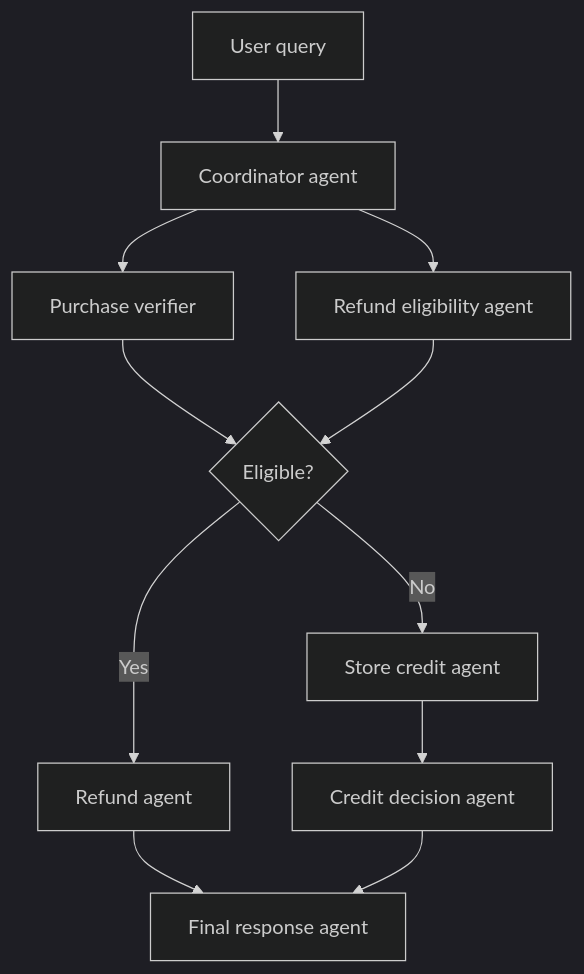
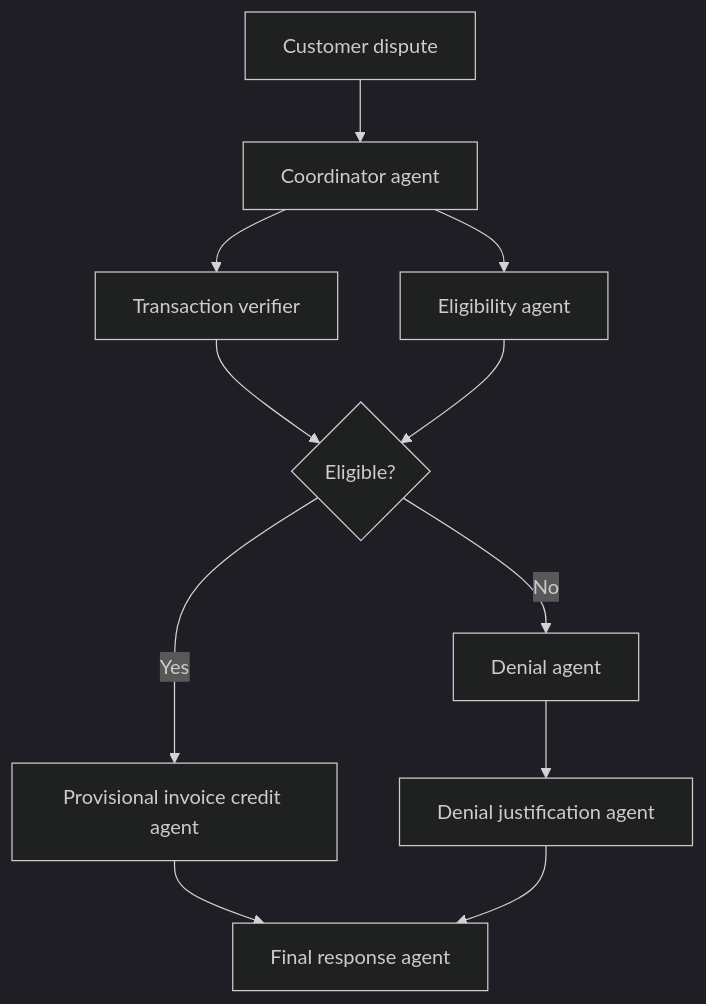
Before and after one commit to alancesar/design-patterns: the diagram in i18n/en/docusaurus-plugin-content-docs/current/ai/agent-patterns/special-requirements/custom-logic.md, drawn with Mermaid (dark theme). The commit also changed other lines of this file and 13 other files, not shown here.

Commit message:
Switch agent-patterns concrete diagrams to fintech scenarios

````diff
--- a/i18n/en/docusaurus-plugin-content-docs/current/ai/agent-patterns/special-requirements/custom-logic.md
+++ b/i18n/en/docusaurus-plugin-content-docs/current/ai/agent-patterns/special-requirements/custom-logic.md
@@ -53,13 +53,13 @@
 ```mermaid
 flowchart TD
-    U["User query"] --> C["Coordinator agent"]
-    C --> P1["Purchase verifier"]
-    C --> P2["Refund eligibility agent"]
+    U["Customer dispute"] --> C["Coordinator agent"]
+    C --> P1["Transaction verifier"]
+    C --> P2["Eligibility agent"]
     P1 --> D{"Eligible?"}
     P2 --> D
-    D -->|"Yes"| R["Refund agent"]
-    D -->|"No"| K["Store credit agent"]
-    K --> K2["Credit decision agent"]
+    D -->|"Yes"| R["Provisional invoice credit agent"]
+    D -->|"No"| K["Denial agent"]
+    K --> K2["Denial justification agent"]
     R --> F["Final response agent"]
     K2 --> F
 ```
````
